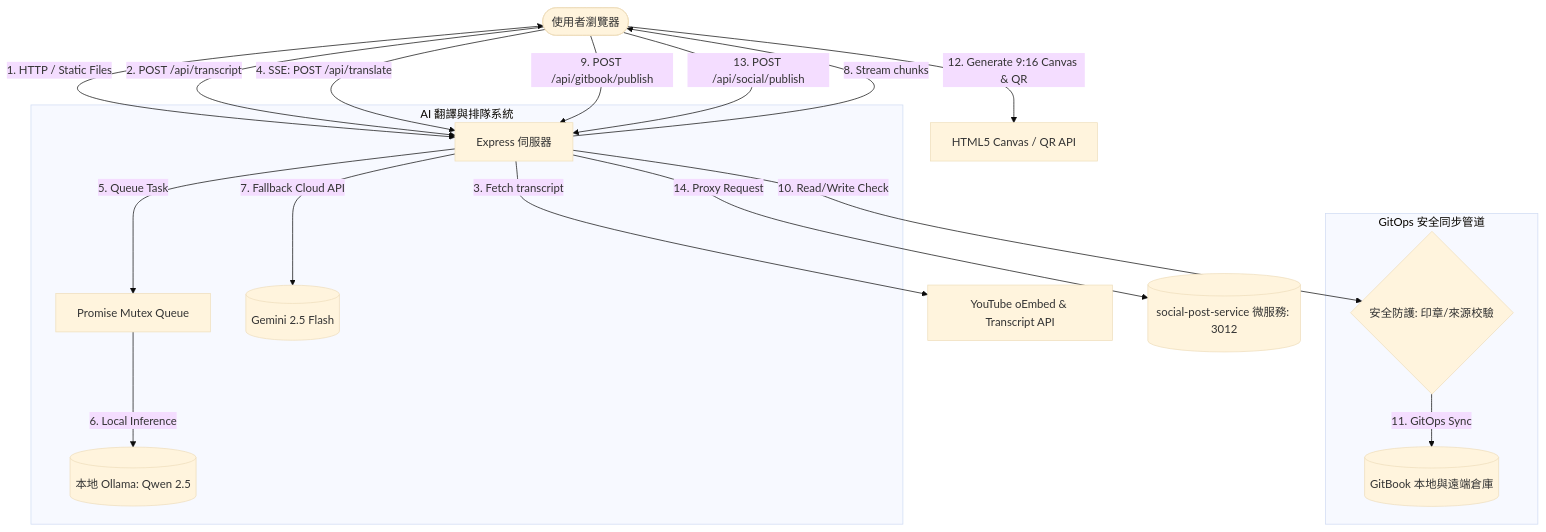
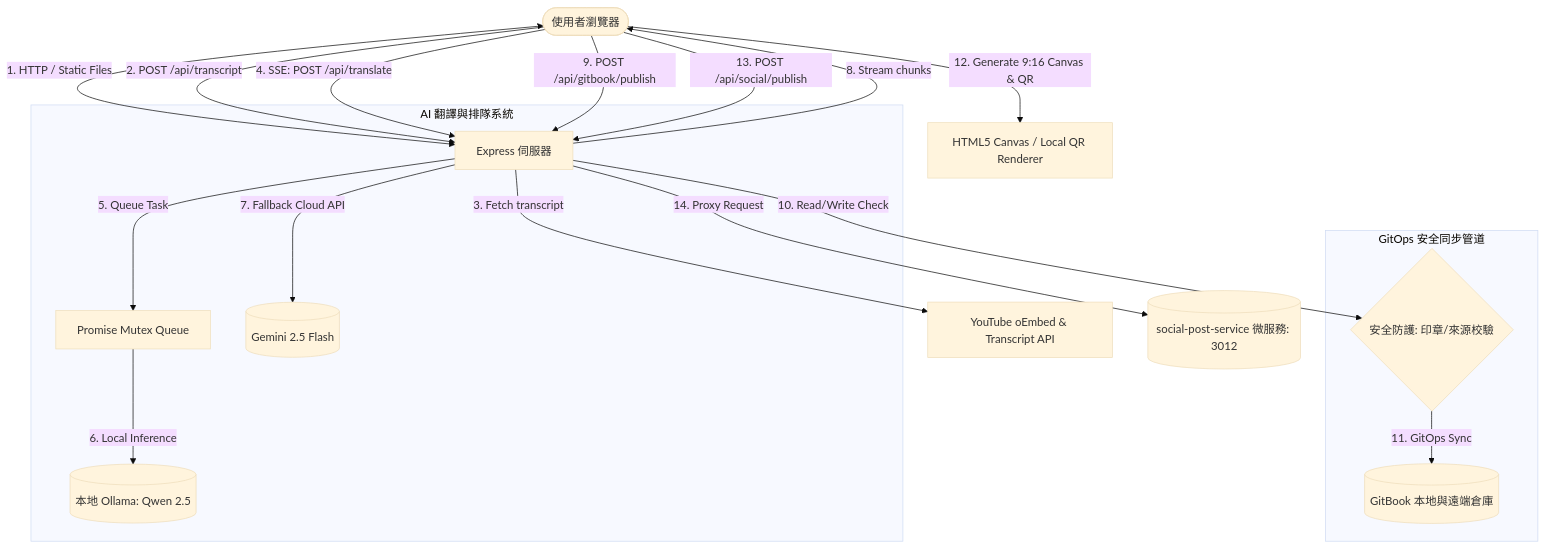
One commit to sunpochin/youtube-podcast-translator changed the diagram in docs/interview_guide.md. Above: the diagram before and after it, drawn with Mermaid (base theme). The commit also changed other lines of this file and 5 other files, not shown here.

Commit message:
feat(share): redesign IG Story card rendering and sharing flow with 3 modes

````diff
--- a/docs/interview_guide.md
+++ b/docs/interview_guide.md
@@ -9,25 +9,25 @@
 ```mermaid
 graph TD
     User([使用者瀏覽器]) <-->|1. HTTP / Static Files| Express[Express 伺服器]
     User -->|2. POST /api/transcript| Express
     Express -->|3. Fetch transcript| YT[YouTube oEmbed & Transcript API]
     
     User -->|4. SSE: POST /api/translate| Express
     subgraph AI Service [AI 翻譯與排隊系統]
         Express -->|5. Queue Task| Mutex[Promise Mutex Queue]
         Mutex -->|6. Local Inference| Ollama[(本地 Ollama: Qwen 2.5)]
         Express -->|7. Fallback Cloud API| Gemini[(Gemini 2.5 Flash)]
     end
     
     Express -- 8. Stream chunks --> User
     
     User -->|9. POST /api/gitbook/publish| Express
     subgraph GitOps Pipeline [GitOps 安全同步管道]
         Express -->|10. Read/Write Check| Safety{安全防護: 印章/來源校驗}
         Safety -->|11. GitOps Sync| GitBookRepo[(GitBook 本地與遠端倉庫)]
     end
     
-    User -->|12. Generate 9:16 Canvas & QR| Canvas[HTML5 Canvas / QR API]
+    User -->|12. Generate 9:16 Canvas & QR| Canvas[HTML5 Canvas / Local QR Renderer]
     User -->|13. POST /api/social/publish| Express
     Express -->|14. Proxy Request| Microservice[(social-post-service 微服務: 3012)]
 ```
````
